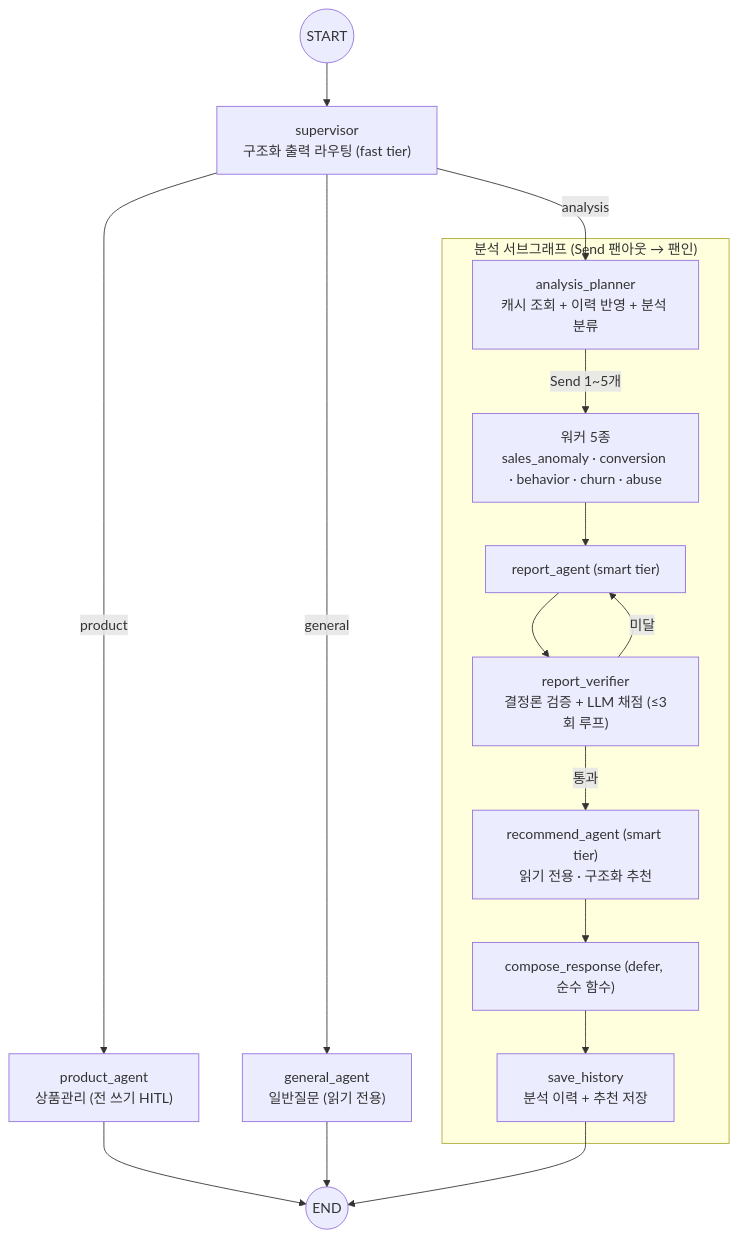
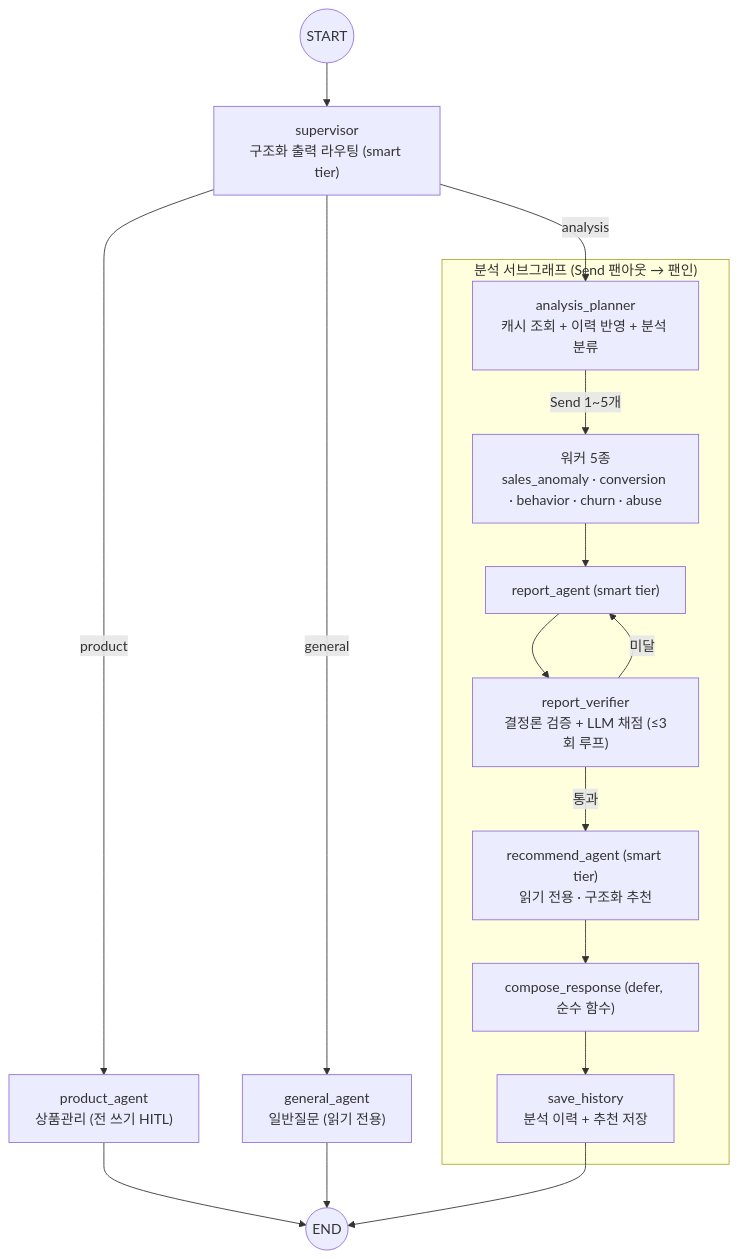
Before and after one commit to toss-delta-final/jarvis-ai: the diagram in docs/specs/SPEC-SELLER-001.md, drawn with Mermaid. The commit also changed other lines of this file and 5 other files, not shown here.

````diff
--- a/docs/specs/SPEC-SELLER-001.md
+++ b/docs/specs/SPEC-SELLER-001.md
@@ -40,21 +40,21 @@
 ```mermaid
 flowchart TD
-    START((START)) --> SUP["supervisor<br/>구조화 출력 라우팅 (fast tier)"]
+    START((START)) --> SUP["supervisor<br/>구조화 출력 라우팅 (smart tier)"]
     SUP -->|analysis| PLN["analysis_planner<br/>캐시 조회 + 이력 반영 + 분석 분류"]
     SUP -->|product| PM["product_agent<br/>상품관리 (전 쓰기 HITL)"]
     SUP -->|general| GEN["general_agent<br/>일반질문 (읽기 전용)"]
 
     subgraph AnalysisTeam["분석 서브그래프 (Send 팬아웃 → 팬인)"]
         PLN -->|"Send 1~5개"| W["워커 5종<br/>sales_anomaly · conversion · behavior · churn · abuse"]
         W --> RPT["report_agent (smart tier)"]
         RPT --> VER["report_verifier<br/>결정론 검증 + LLM 채점 (≤3회 루프)"]
         VER -->|미달| RPT
         VER -->|통과| REC["recommend_agent (smart tier)<br/>읽기 전용 · 구조화 추천"]
         REC --> COMP["compose_response (defer, 순수 함수)"]
         COMP --> SAVE["save_history<br/>분석 이력 + 추천 저장"]
     end
 
     PM --> END((END))
     GEN --> END
     SAVE --> END
 ```
````
